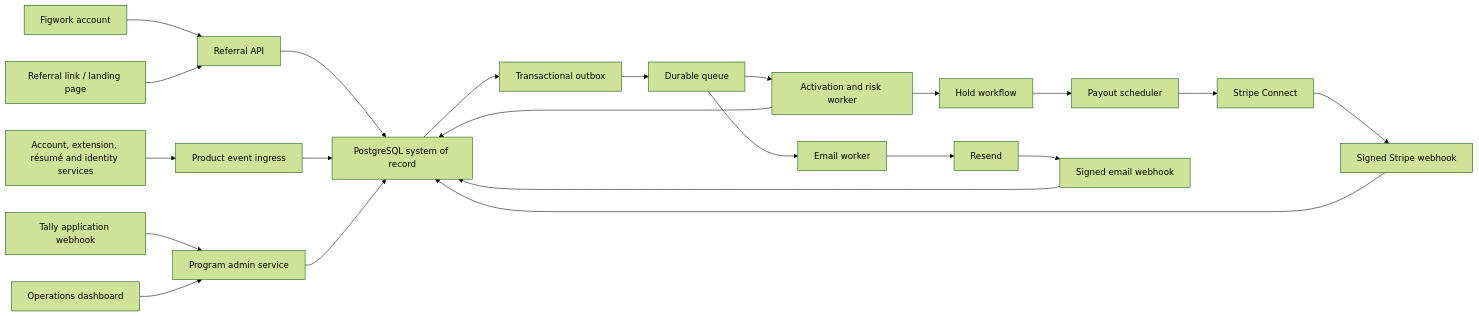
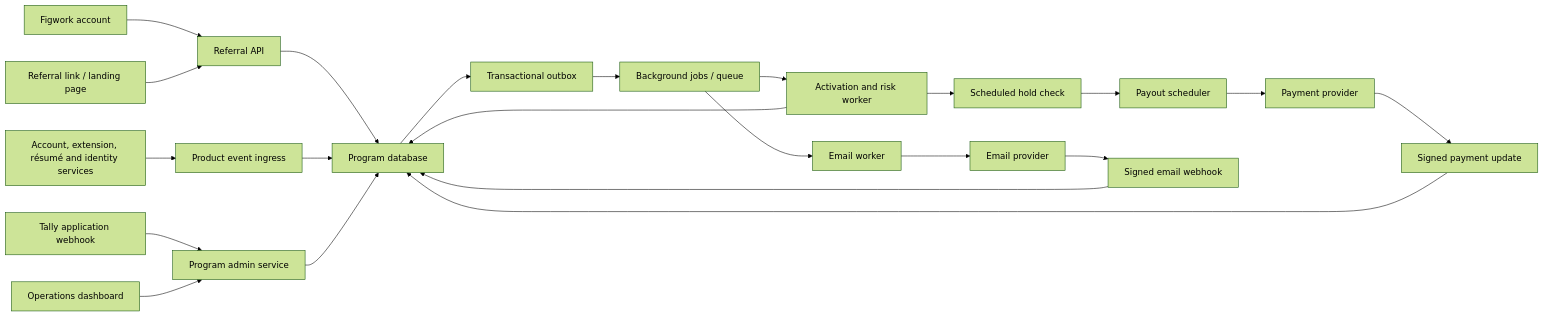
The diagram in docs/referral-program-infrastructure/HANDOFF_SPEC.md (davidlin1521-cmd/figwork-campus-partners), drawn with Mermaid (forest theme) before and after one commit. The commit also changed other lines of this file and 9 other files, not shown here.

````diff
--- a/docs/referral-program-infrastructure/HANDOFF_SPEC.md
+++ b/docs/referral-program-infrastructure/HANDOFF_SPEC.md
@@ -43,24 +45,24 @@
 ```mermaid
 flowchart LR
   A["Figwork account"] --> B["Referral API"]
-  B --> C["PostgreSQL system of record"]
+  B --> C["Program database"]
   D["Referral link / landing page"] --> B
   E["Account, extension, résumé and identity services"] --> F["Product event ingress"]
   F --> C
   C --> G["Transactional outbox"]
-  G --> H["Durable queue"]
+  G --> H["Background jobs / queue"]
   H --> I["Activation and risk worker"]
   I --> C
-  I --> J["Hold workflow"]
+  I --> J["Scheduled hold check"]
   J --> K["Payout scheduler"]
-  K --> L["Stripe Connect"]
+  K --> L["Payment provider"]
   H --> M["Email worker"]
-  M --> N["Resend"]
+  M --> N["Email provider"]
   O["Tally application webhook"] --> P["Program admin service"]
   P --> C
   Q["Operations dashboard"] --> P
-  L --> R["Signed Stripe webhook"]
+  L --> R["Signed payment update"]
   N --> S["Signed email webhook"]
   R --> C
   S --> C
 ```
````
